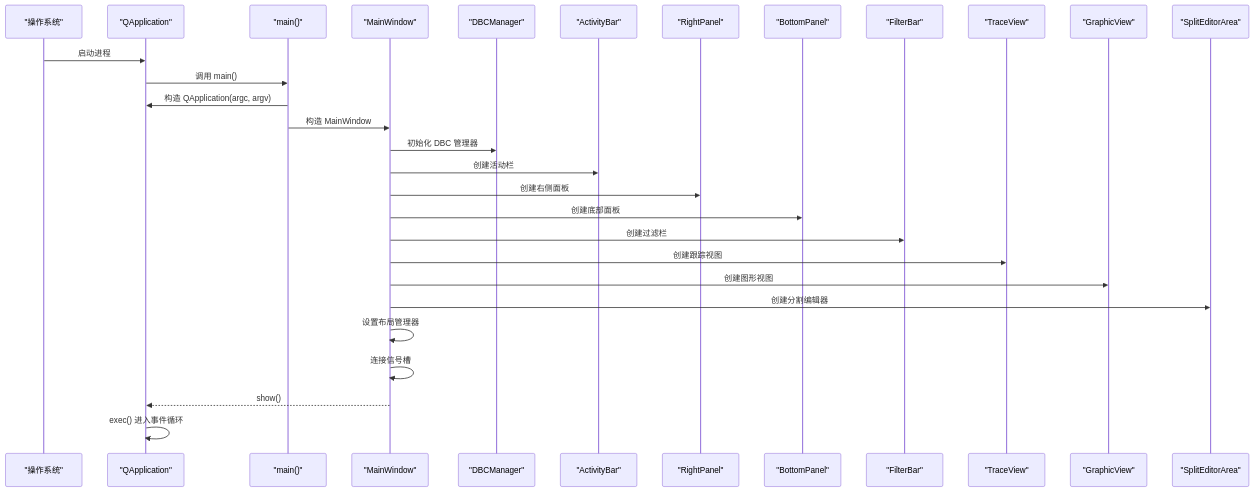
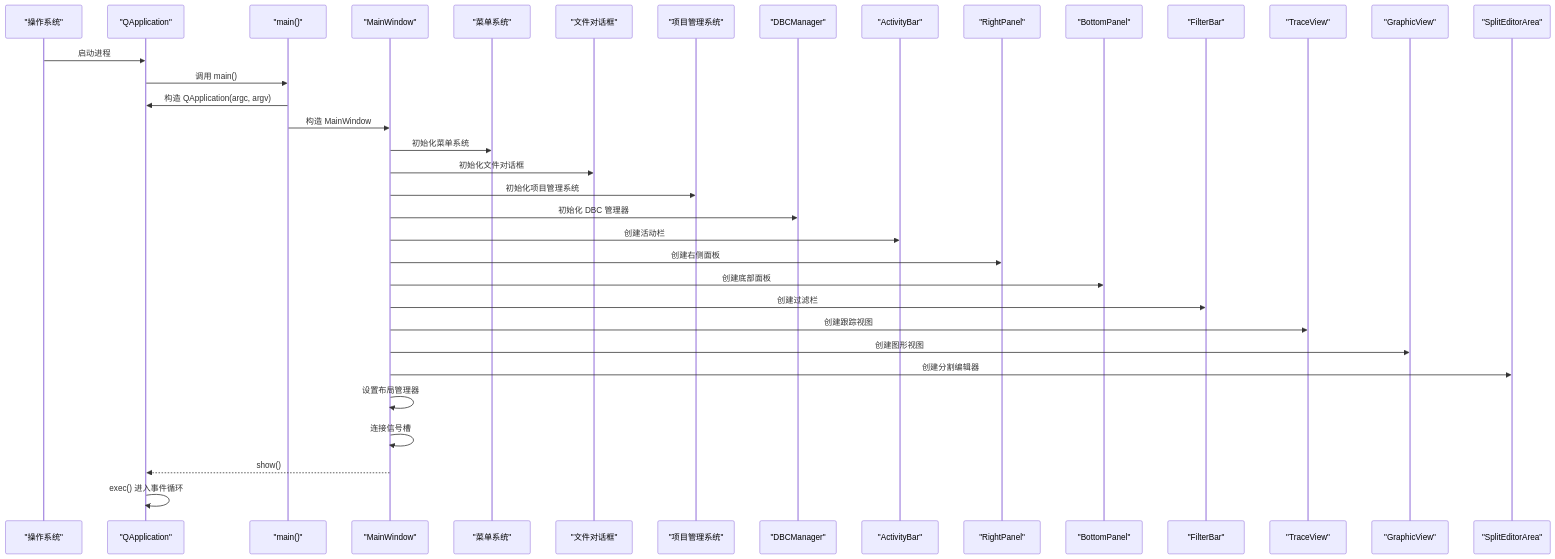
Before and after one commit to jakecai1225-design/OpenBus: the second of 7 diagrams in .qoder/repowiki/zh/content/核心模块详解/主窗口组件.md, drawn with Mermaid. The commit also changed other lines of this file and 18 other files, not shown here.

````diff
--- a/.qoder/repowiki/zh/content/核心模块详解/主窗口组件.md
+++ b/.qoder/repowiki/zh/content/核心模块详解/主窗口组件.md
@@ -112,31 +114,37 @@
 ```mermaid
 sequenceDiagram
 participant OS as "操作系统"
 participant App as "QApplication"
 participant Main as "main()"
 participant MW as "MainWindow"
+participant Menu as "菜单系统"
+participant FileDlg as "文件对话框"
+participant ProjMgr as "项目管理系统"
 participant DBM as "DBCManager"
 participant AB as "ActivityBar"
 participant RP as "RightPanel"
 participant BP as "BottomPanel"
 participant FB as "FilterBar"
 participant TV as "TraceView"
 participant GV as "GraphicView"
 participant SEA as "SplitEditorArea"
 OS->>App : 启动进程
 App->>Main : 调用 main()
 Main->>App : 构造 QApplication(argc, argv)
 Main->>MW : 构造 MainWindow
+MW->>Menu : 初始化菜单系统
+MW->>FileDlg : 初始化文件对话框
+MW->>ProjMgr : 初始化项目管理系统
 MW->>DBM : 初始化 DBC 管理器
 MW->>AB : 创建活动栏
 MW->>RP : 创建右侧面板
 MW->>BP : 创建底部面板
 MW->>FB : 创建过滤栏
 MW->>TV : 创建跟踪视图
 MW->>GV : 创建图形视图
 MW->>SEA : 创建分割编辑器
 MW->>MW : 设置布局管理器
 MW->>MW : 连接信号槽
 MW-->>App : show()
 App->>App : exec() 进入事件循环
 ```
````
